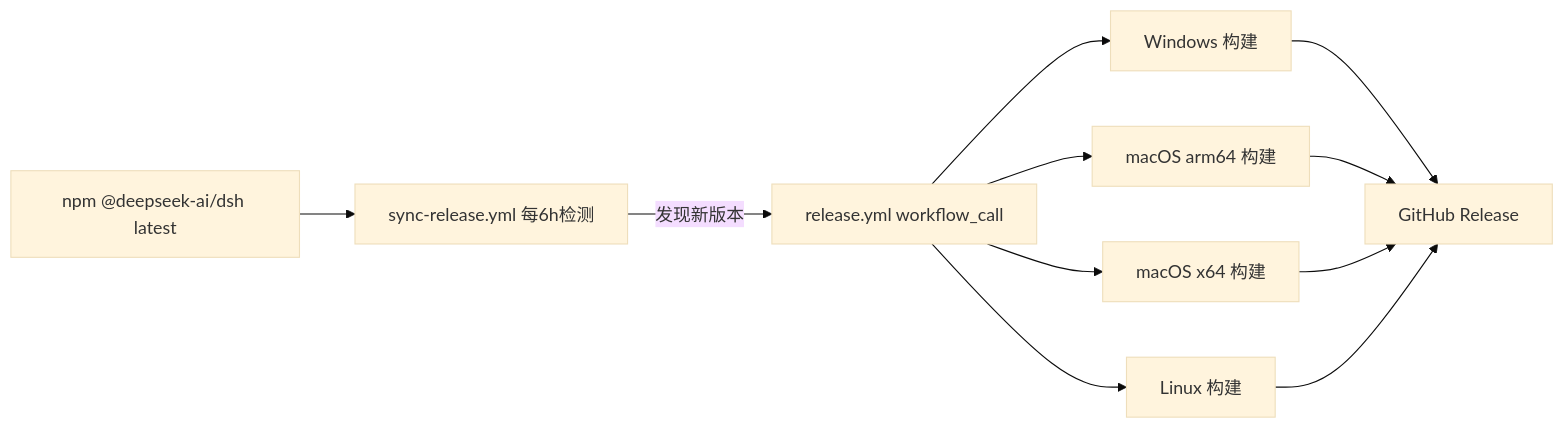
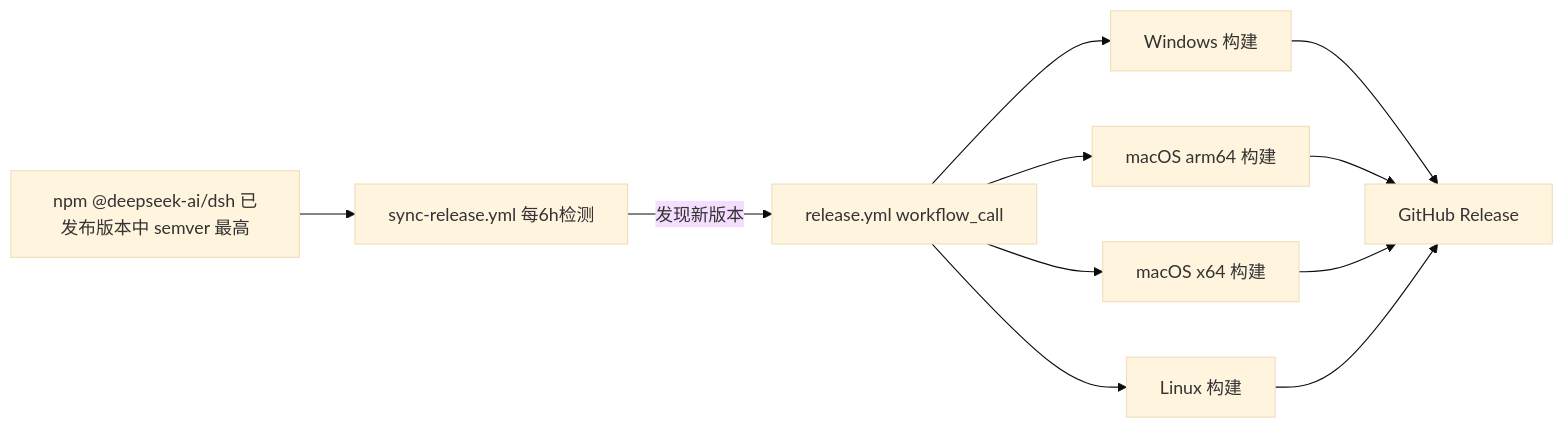
One commit to ArtisanMinds/WanglabHarnessPakege changed the diagram in README.zh.md. Above: the diagram before and after it, drawn with Mermaid (base theme). The commit also changed other lines of this file and 3 other files, not shown here.

Commit message:
fix(sync): resolve semver-highest published version instead of npm latest

````diff
--- a/README.zh.md
+++ b/README.zh.md
@@ -135,13 +135,13 @@
 ```mermaid
 flowchart LR
-    N[npm @deepseek-ai/dsh latest] --> S[sync-release.yml 每6h检测]
+    N[npm @deepseek-ai/dsh 已发布版本中 semver 最高] --> S[sync-release.yml 每6h检测]
     S -->|发现新版本| R[release.yml workflow_call]
     R --> W[Windows 构建]
     R --> M[macOS arm64 构建]
     R --> I[macOS x64 构建]
     R --> L[Linux 构建]
     W --> G[GitHub Release]
     M --> G
     I --> G
     L --> G
 ```
````
